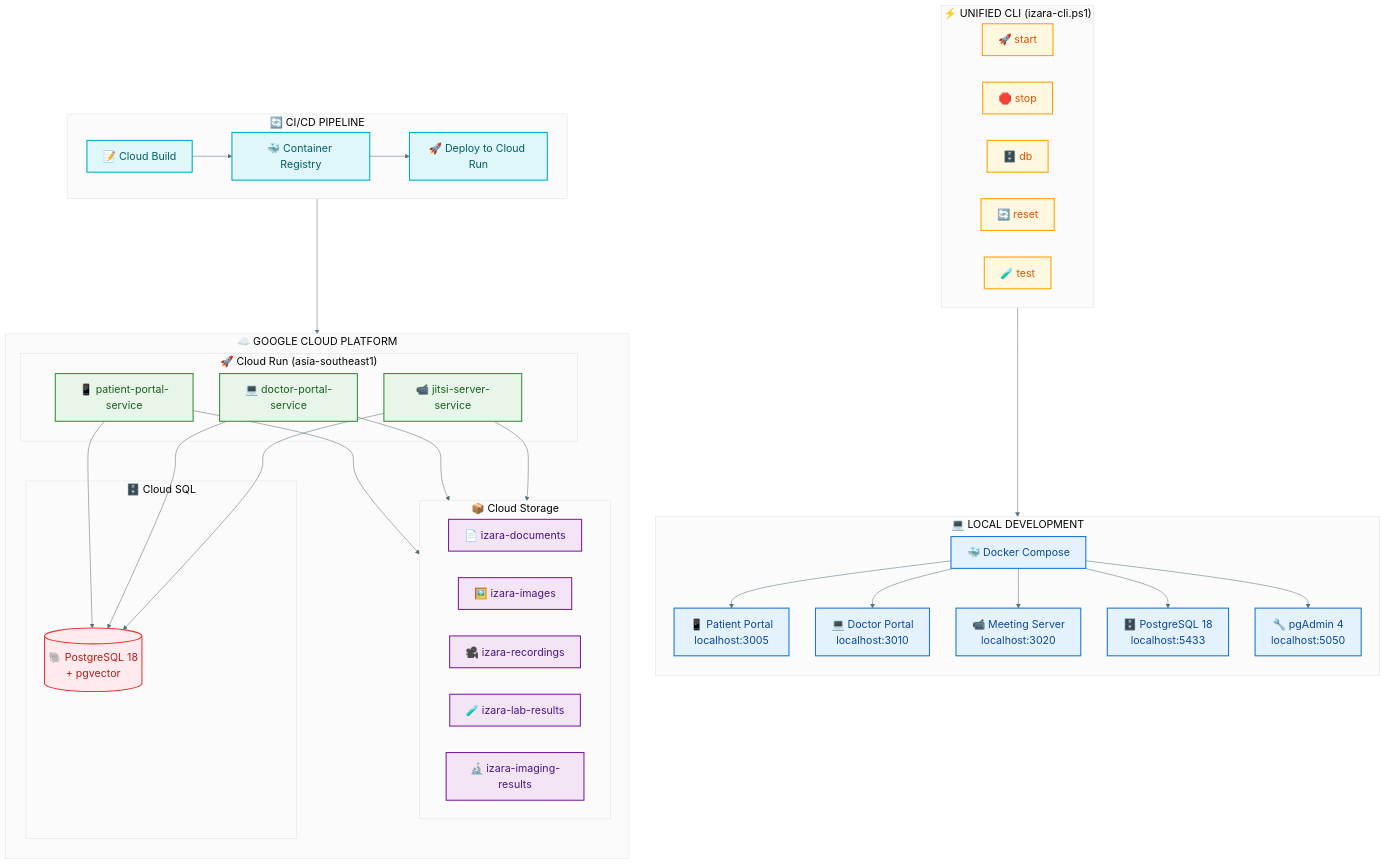
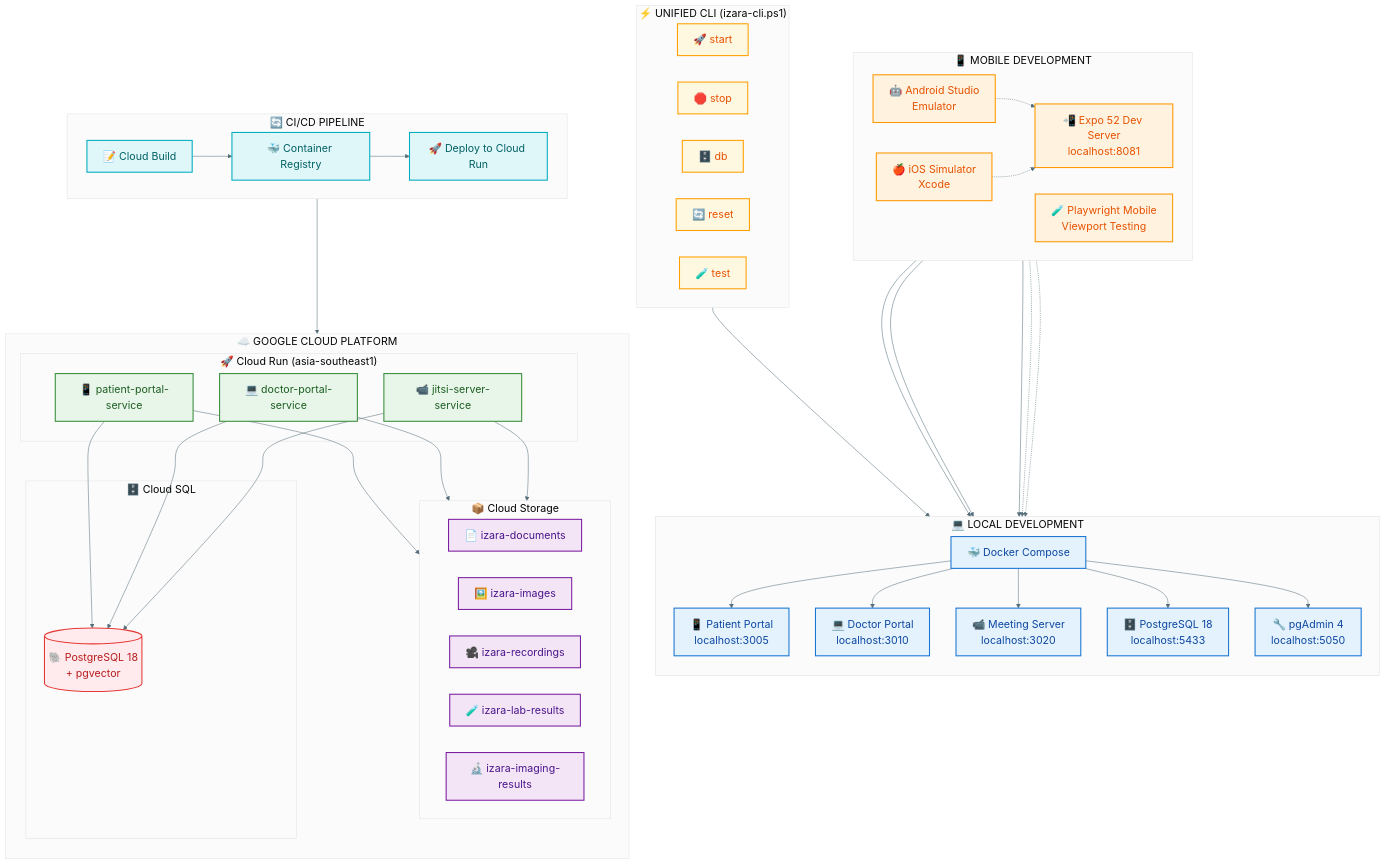
The diagram in Presentations/diagrams/09-deployment-architecture.mmd (chiraleo2000/Isara-Anywhere), drawn with Mermaid before and after one commit. The commit also changed 19 other files, not shown here.

```diff
--- a/Presentations/diagrams/09-deployment-architecture.mmd
+++ b/Presentations/diagrams/09-deployment-architecture.mmd
@@ -1,91 +1,110 @@
 %%{init: {
   'theme': 'base',
   'themeVariables': {
     'primaryColor': '#ECEFF1',
     'primaryTextColor': '#37474F',
     'primaryBorderColor': '#607D8B',
     'lineColor': '#546E7A',
     'fontSize': '20px',
     'fontFamily': 'Segoe UI, Arial'
   }
 }}%%
 
 flowchart TB
     subgraph LOCAL["💻 LOCAL DEVELOPMENT"]
         direction TB
         L1["🐳 Docker Compose"]
         L2["📱 Patient Portal<br/>localhost:3005"]
         L3["💻 Doctor Portal<br/>localhost:3010"]
         L4["📹 Meeting Server<br/>localhost:3020"]
         L5["🗄️ PostgreSQL 18<br/>localhost:5433"]
         L6["🔧 pgAdmin 4<br/>localhost:5050"]
+    end
+
+    subgraph MOBILE_DEV["📱 MOBILE DEVELOPMENT"]
+        direction LR
+        MD1["📲 Expo 52 Dev Server<br/>localhost:8081"]
+        MD2["🤖 Android Studio<br/>Emulator"]
+        MD3["🍎 iOS Simulator<br/>Xcode"]
+        MD4["🧪 Playwright Mobile<br/>Viewport Testing"]
     end
 
     subgraph CLI["⚡ UNIFIED CLI (izara-cli.ps1)"]
         direction LR
         C1["🚀 start"]
         C2["🛑 stop"]
         C3["🗄️ db"]
         C4["🔄 reset"]
         C5["🧪 test"]
     end
 
     subgraph GCP["☁️ GOOGLE CLOUD PLATFORM"]
         direction TB
         subgraph CLOUDRUN["🚀 Cloud Run (asia-southeast1)"]
             CR1["📱 patient-portal-service"]
             CR2["💻 doctor-portal-service"]
             CR3["📹 jitsi-server-service"]
         end
         subgraph STORAGE["📦 Cloud Storage"]
             S1["📄 izara-documents"]
             S2["🖼️ izara-images"]
             S3["🎥 izara-recordings"]
             S4["🧪 izara-lab-results"]
             S5["🔬 izara-imaging-results"]
         end
         subgraph DATABASE["🗄️ Cloud SQL"]
             DB1[("🐘 PostgreSQL 18<br/>+ pgvector")]
         end
     end
 
     subgraph CICD["🔄 CI/CD PIPELINE"]
         direction LR
         CI1["📝 Cloud Build"]
         CI2["🐳 Container Registry"]
         CI3["🚀 Deploy to Cloud Run"]
     end
 
     %% Local Development Flow
     CLI --> L1
     L1 --> L2
     L1 --> L3
     L1 --> L4
     L1 --> L5
     L1 --> L6
 
+    %% Mobile Development Flow
+    MD1 --> L2
+    MD1 --> L3
+    MD1 --> L4
+    MD2 -.-> MD1
+    MD3 -.-> MD1
+    MD4 -.-> L2
+    MD4 -.-> L3
+
     %% CI/CD Flow
     CI1 --> CI2 --> CI3
     CI3 --> CLOUDRUN
 
     %% Cloud Run connections
     CR1 --> DB1
     CR2 --> DB1
     CR3 --> DB1
     CR1 --> STORAGE
     CR2 --> STORAGE
     CR3 --> STORAGE
 
     classDef localStyle fill:#E3F2FD,stroke:#1976D2,stroke-width:2px,color:#0D47A1
+    classDef mobileStyle fill:#FFF3E0,stroke:#FF9800,stroke-width:2px,color:#E65100
     classDef cliStyle fill:#FFF8E1,stroke:#FFA000,stroke-width:2px,color:#E65100
     classDef cloudrunStyle fill:#E8F5E9,stroke:#388E3C,stroke-width:2px,color:#1B5E20
     classDef storageStyle fill:#F3E5F5,stroke:#7B1FA2,stroke-width:2px,color:#4A148C
     classDef dbStyle fill:#FFEBEE,stroke:#E53935,stroke-width:2px,color:#B71C1C
     classDef cicdStyle fill:#E0F7FA,stroke:#00ACC1,stroke-width:2px,color:#006064
 
     class L1,L2,L3,L4,L5,L6 localStyle
+    class MD1,MD2,MD3,MD4 mobileStyle
     class C1,C2,C3,C4,C5 cliStyle
     class CR1,CR2,CR3 cloudrunStyle
     class S1,S2,S3,S4,S5 storageStyle
     class DB1 dbStyle
     class CI1,CI2,CI3 cicdStyle
```
